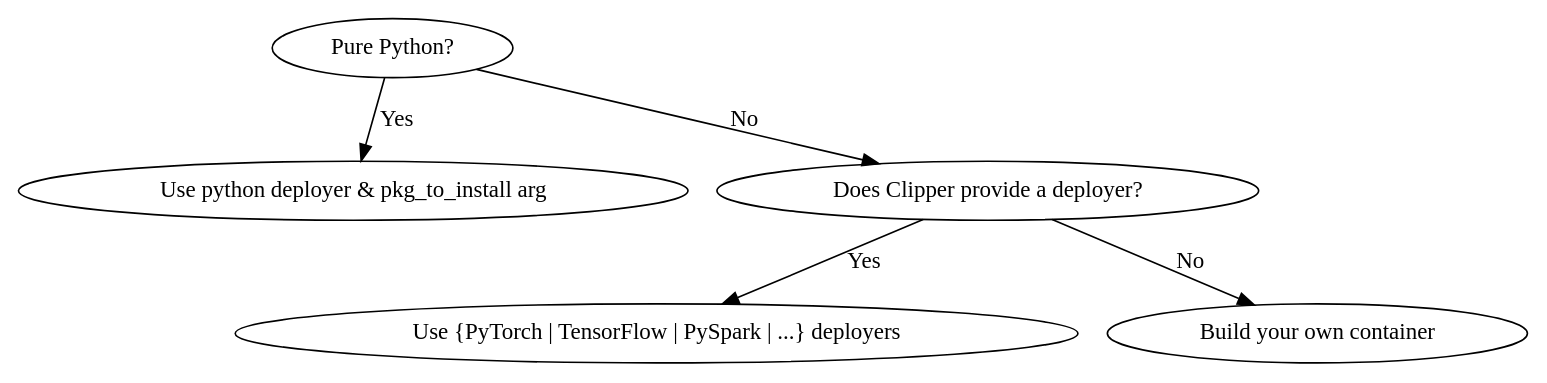
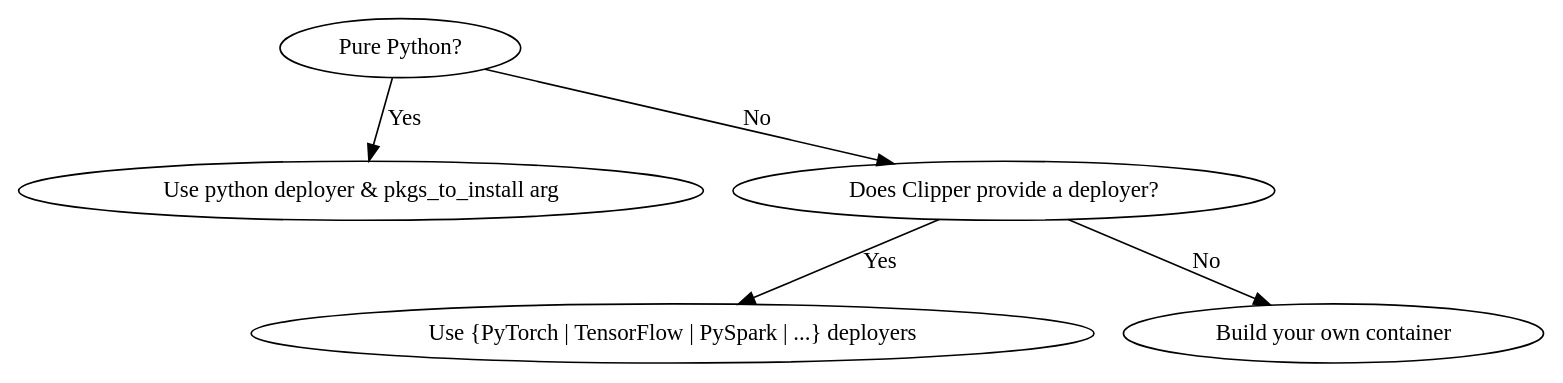
The diagram in clipper_admin/docs/model_deployers.rst (ucbrise/clipper), drawn with Graphviz before and after one commit.

Commit message:
Fix typo (#586)

```diff
--- a/clipper_admin/docs/model_deployers.rst
+++ b/clipper_admin/docs/model_deployers.rst
@@ -24,8 +24,8 @@
 .. graphviz::
 
    digraph foo {
-      "Pure Python?" -> "Use python deployer & pkg_to_install arg" [ label="Yes" ];
+      "Pure Python?" -> "Use python deployer & pkgs_to_install arg" [ label="Yes" ];
       "Pure Python?" -> "Does Clipper provide a deployer?" [ label="No" ];
       "Does Clipper provide a deployer?" -> "Use {PyTorch | TensorFlow | PySpark | ...} deployers" [ label="Yes" ];
       "Does Clipper provide a deployer?" -> "Build your own container" [ label="No" ];
    }
```
